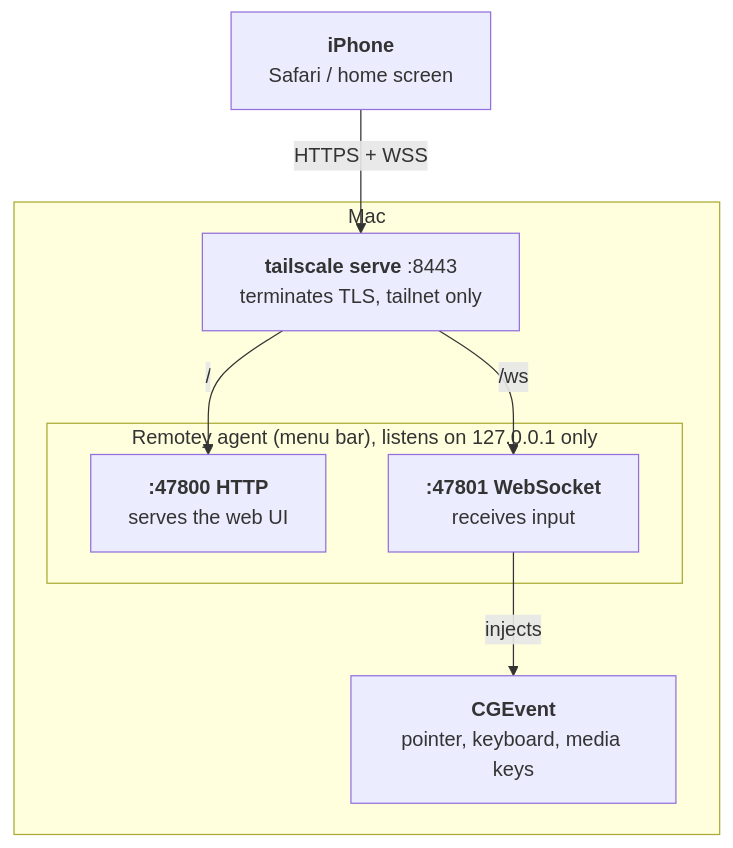
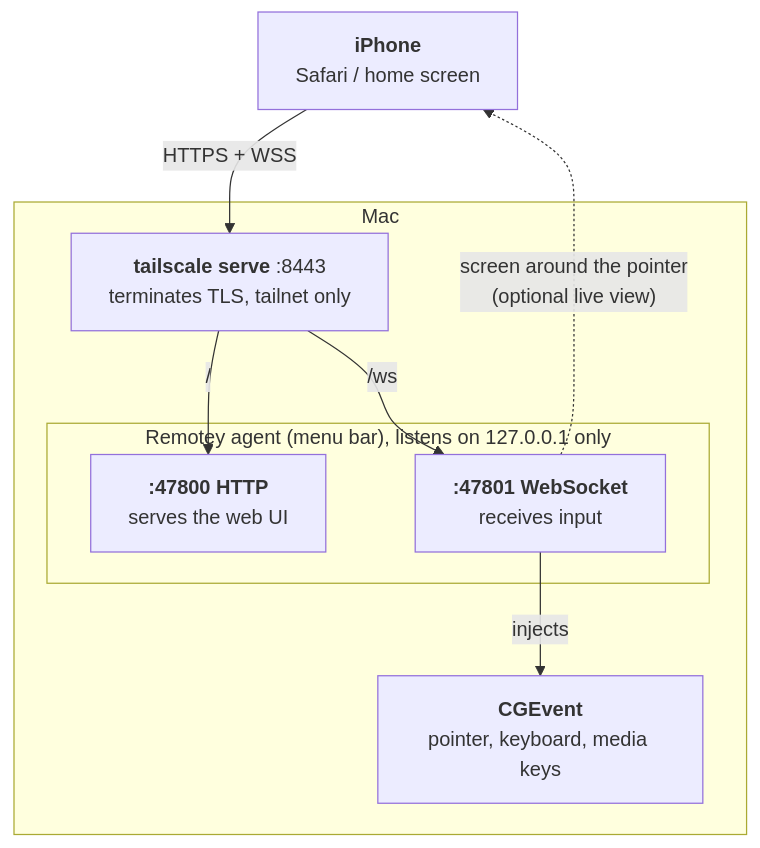
One commit to yonnock/remotey changed the diagram in README.md. Above: the diagram before and after it, drawn with Mermaid. The commit also changed other lines of this file and 6 other files, not shown here.

First line of the commit message:
Add live view of the screen around the pointer

````diff
--- a/README.md
+++ b/README.md
@@ -20,18 +20,19 @@
 ```mermaid
 flowchart TB
     phone["<b>iPhone</b><br/>Safari / home screen"]
 
     subgraph mac["Mac"]
         serve["<b>tailscale serve</b> :8443<br/>terminates TLS, tailnet only"]
         subgraph agent["Remotey agent (menu bar), listens on 127.0.0.1 only"]
             http["<b>:47800 HTTP</b><br/>serves the web UI"]
             ws["<b>:47801 WebSocket</b><br/>receives input"]
         end
         cg["<b>CGEvent</b><br/>pointer, keyboard, media keys"]
     end
 
     phone -- "HTTPS + WSS" --> serve
     serve -- "/" --> http
     serve -- "/ws" --> ws
     ws -- "injects" --> cg
+    ws -. "screen around the pointer<br/>(optional live view)" .-> phone
 ```
````
